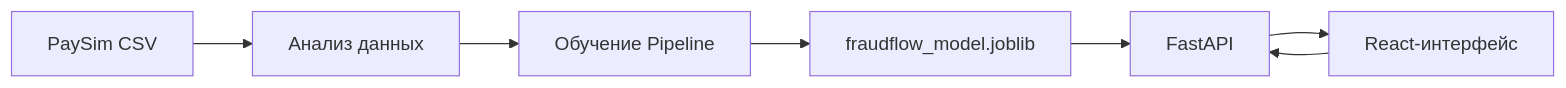
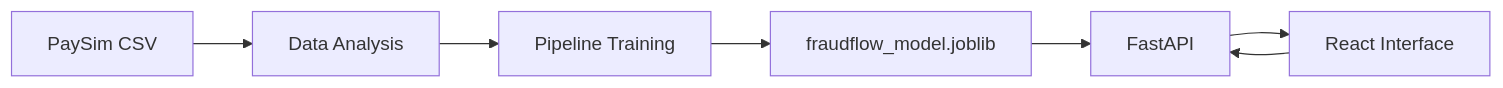
One commit to NuraliyevKenann/Fraud-Flow changed the diagram in README.md. Above: the diagram before and after it, drawn with Mermaid. The commit also changed other lines of this file, not shown here.

````diff
--- a/README.md
+++ b/README.md
@@ -25,9 +25,9 @@
 ```mermaid
 flowchart LR
-    A[PaySim CSV] --> B[Анализ данных]
-    B --> C[Обучение Pipeline]
+    A[PaySim CSV] --> B[Data Analysis]
+    B --> C[Pipeline Training]
     C --> D[fraudflow_model.joblib]
     D --> E[FastAPI]
-    E --> F[React-интерфейс]
+    E --> F[React Interface]
     F --> E
 ```
````
